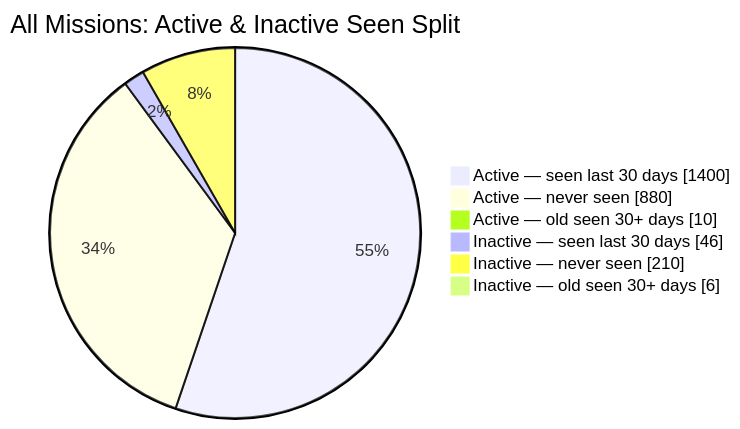
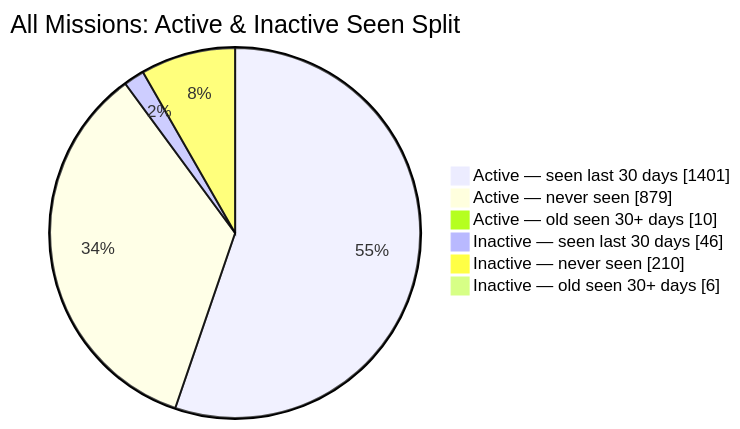
The second of 2 diagrams in README.md (MeldkamerspelGameTeam/active-missions), drawn with Mermaid before and after one commit. The commit also changed other lines of this file and 2 other files, not shown here.

````diff
--- a/README.md
+++ b/README.md
@@ -44,10 +44,10 @@
 ```mermaid
 pie showData
     title All Missions: Active & Inactive Seen Split
-    "Active — seen last 30 days" : 1400
-    "Active — never seen" : 880
+    "Active — seen last 30 days" : 1401
+    "Active — never seen" : 879
     "Active — old seen 30+ days" : 10
     "Inactive — seen last 30 days" : 46
     "Inactive — never seen" : 210
     "Inactive — old seen 30+ days" : 6
 ```
````
